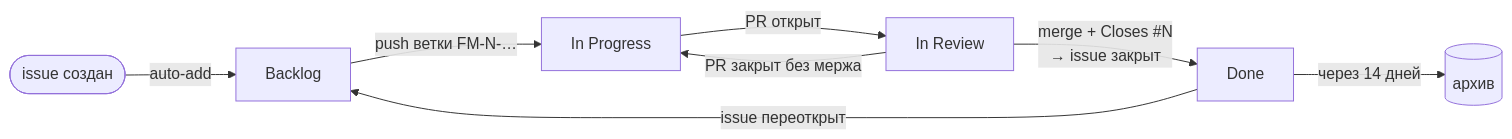
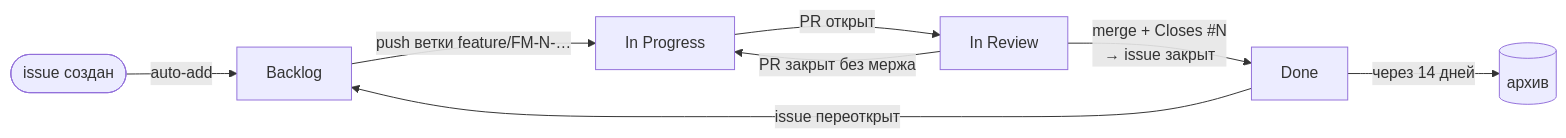
The diagram in docs/task-tracking.md (IliaVoskoboinikov/Finance-Manager), drawn with Mermaid before and after one commit. The commit also changed other lines of this file and 11 other files, not shown here.

Commit message:
docs(agents): правила работы с доской задач и скилл board, ветки feature/FM-N (FM-50)

````diff
--- a/docs/task-tracking.md
+++ b/docs/task-tracking.md
@@ -14,10 +14,10 @@
 ```mermaid
 flowchart LR
     new([issue создан]) -->|auto-add| B[Backlog]
-    B -->|"push ветки FM-N-…"| P[In Progress]
+    B -->|"push ветки feature/FM-N-…"| P[In Progress]
     P -->|"PR открыт"| R[In Review]
     R -->|PR закрыт без мержа| P
     R -->|"merge + Closes #N<br/>→ issue закрыт"| D[Done]
     D -->|issue переоткрыт| B
     D -->|через 14 дней| A[(архив)]
 ```
````
